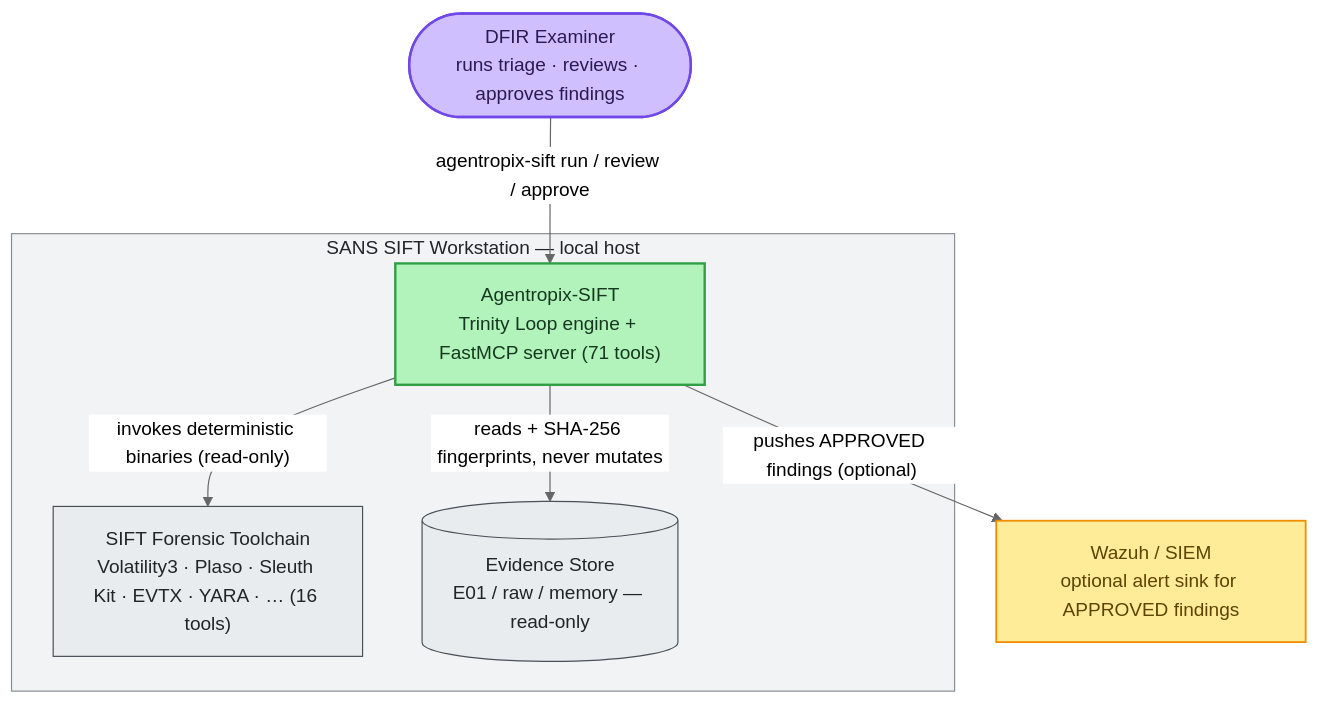
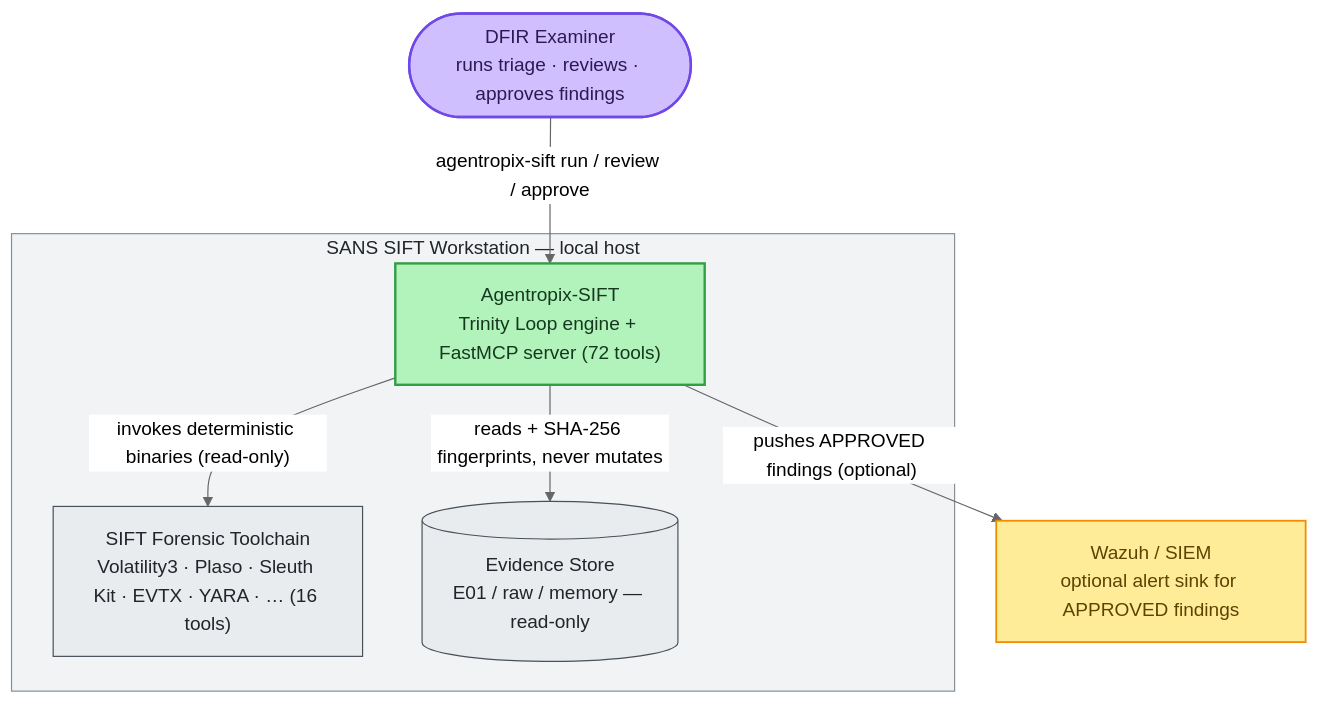
The second of 2 diagrams in README.md (galvangabriel-web/agentropix-mcp), drawn with Mermaid (neutral theme) before and after one commit. The commit also changed other lines of this file and 64 other files, not shown here.

````diff
--- a/README.md
+++ b/README.md
@@ -284,24 +284,24 @@
 ```mermaid
 flowchart TB
     classDef actor fill:#d0bfff,stroke:#7048e8,color:#2b1a52,stroke-width:2px
     classDef core fill:#b2f2bb,stroke:#2f9e44,color:#15391f,stroke-width:2px
     classDef ext fill:#e9ecef,stroke:#495057,color:#212529,stroke-width:1px
     classDef sink fill:#ffec99,stroke:#f08c00,color:#5c4400,stroke-width:1.5px
 
     Examiner(["DFIR Examiner<br/>runs triage · reviews · approves findings"]):::actor
 
     subgraph Host["SANS SIFT Workstation — local host"]
-        Agentropix["Agentropix-SIFT<br/>Trinity Loop engine + FastMCP server (71 tools)"]:::core
+        Agentropix["Agentropix-SIFT<br/>Trinity Loop engine + FastMCP server (72 tools)"]:::core
         Toolchain["SIFT Forensic Toolchain<br/>Volatility3 · Plaso · Sleuth Kit · EVTX · YARA · … (16 tools)"]:::ext
         Evidence[("Evidence Store<br/>E01 / raw / memory — read-only")]:::ext
     end
 
     Wazuh["Wazuh / SIEM<br/>optional alert sink for APPROVED findings"]:::sink
 
     Examiner -->|"agentropix-sift run / review / approve"| Agentropix
     Agentropix -->|"invokes deterministic binaries (read-only)"| Toolchain
     Agentropix -->|"reads + SHA-256 fingerprints, never mutates"| Evidence
     Agentropix -->|"pushes APPROVED findings (optional)"| Wazuh
 
     style Host fill:#f1f3f5,stroke:#868e96,color:#212529
 ```
````
